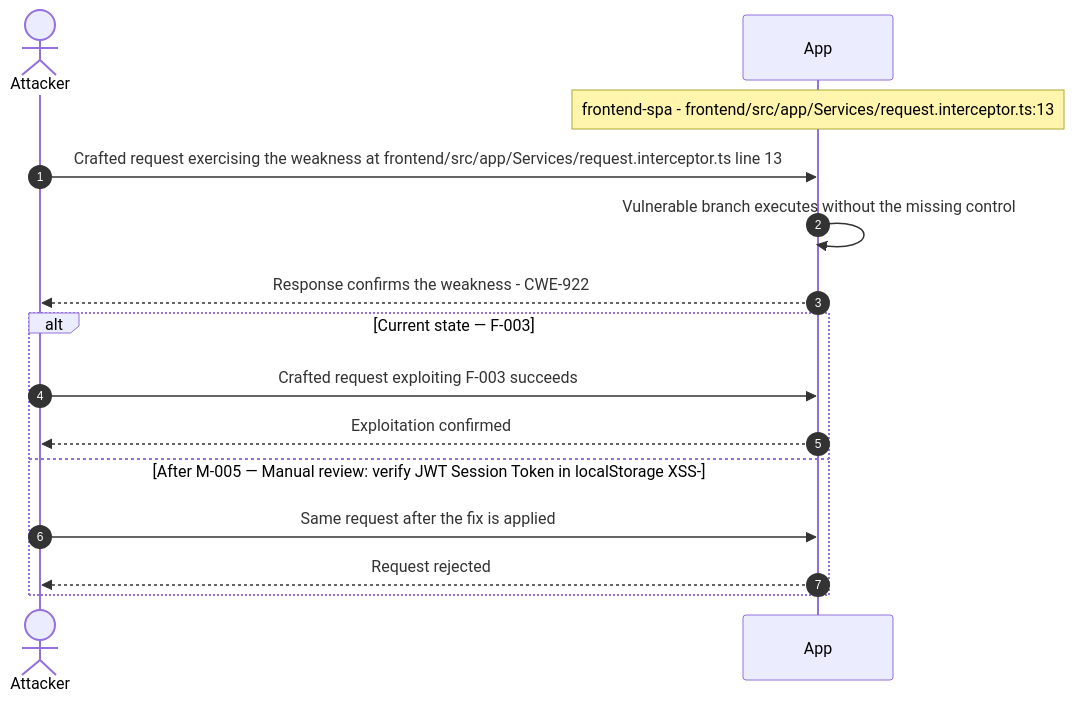
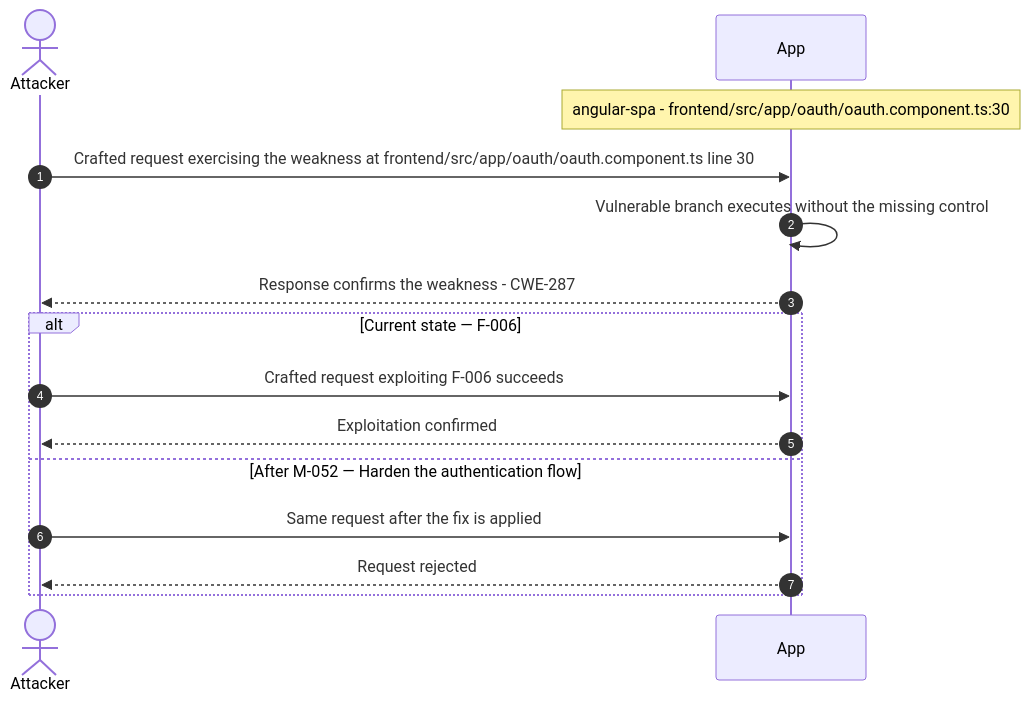
Before and after one commit to appsec-foundry/appsec-advisor: the tenth of 28 diagrams in examples/threat-modeler/threat-model-juice-shop-standard.md, drawn with Mermaid. The commit also changed other lines of this file and 12 other files, not shown here.

````diff
--- a/examples/threat-modeler/threat-model-juice-shop-standard.md
+++ b/examples/threat-modeler/threat-model-juice-shop-standard.md
@@ -663,17 +625,17 @@
 ```mermaid
 sequenceDiagram
     autonumber
     actor Attacker
     participant App
-    Note over App: frontend-spa - frontend/src/app/Services/request.interceptor.ts:13
-    Attacker->>App: Crafted request exercising the weakness at frontend/src/app/Services/request.interceptor.ts line 13
+    Note over App: angular-spa - frontend/src/app/oauth/oauth.component.ts:30
+    Attacker->>App: Crafted request exercising the weakness at frontend/src/app/oauth/oauth.component.ts line 30
     App->>App: Vulnerable branch executes without the missing control
-    App-->>Attacker: Response confirms the weakness - CWE-922
-    alt Current state — F-003
-        Attacker->>App: Crafted request exploiting F-003 succeeds
+    App-->>Attacker: Response confirms the weakness - CWE-287
+    alt Current state — F-006
+        Attacker->>App: Crafted request exploiting F-006 succeeds
         App-->>Attacker: Exploitation confirmed
-    else After M-005 — Manual review: verify JWT Session Token in localStorage XSS-
+    else After M-052 — Harden the authentication flow
         Attacker->>App: Same request after the fix is applied
         App-->>Attacker: Request rejected
     end
 ```
````
